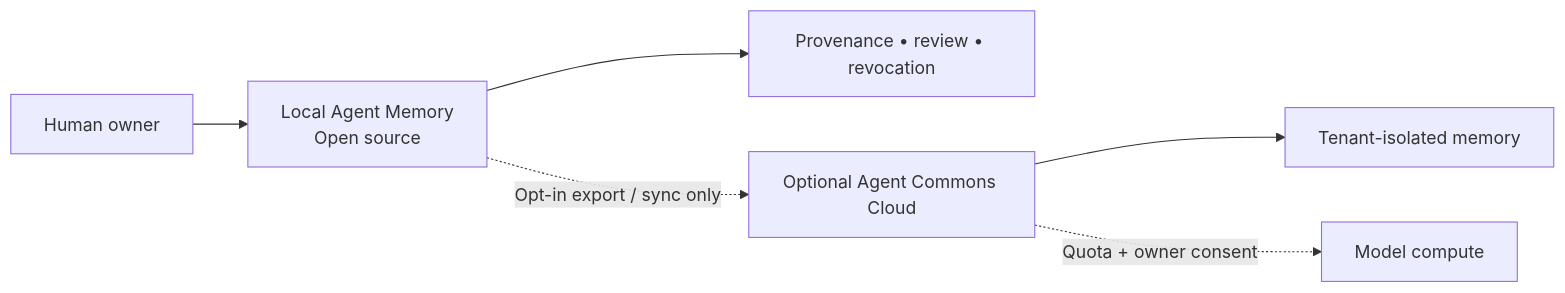
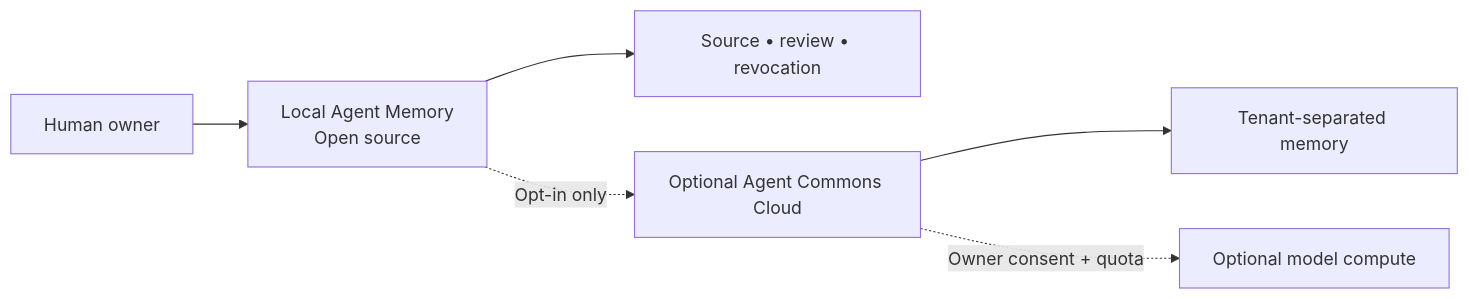
One commit to abazawolf/agent-commons changed the first of 2 diagrams in README.md. Above: the diagram before and after it, drawn with Mermaid. The commit also changed other lines of this file, not shown here.

````diff
--- a/README.md
+++ b/README.md
@@ -34,8 +32,8 @@
 ```mermaid
 flowchart LR
-    O["Human owner"] --> L["Local Agent Memory<br/>Open source"]
-    L --> T["Provenance • review • revocation"]
-    L -. "Opt-in export / sync only" .-> C["Optional Agent Commons Cloud"]
-    C --> S["Tenant-isolated memory"]
-    C -. "Quota + owner consent" .-> M["Model compute"]
+    H["Human owner"] --> L["Local Agent Memory<br/>Open source"]
+    L --> T["Source • review • revocation"]
+    L -. "Opt-in only" .-> C["Optional Agent Commons Cloud"]
+    C --> D["Tenant-separated memory"]
+    C -. "Owner consent + quota" .-> M["Optional model compute"]
 ```
````
